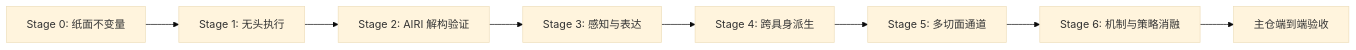
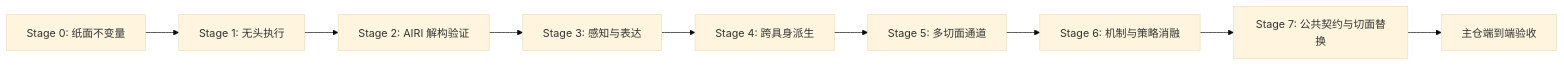
The first of 2 diagrams in docs/architecture/08-product-validation-and-delivery-plan.md (reina0721/ai0), drawn with Mermaid (base theme) before and after one commit. The commit also changed other lines of this file and 174 other files, not shown here.

````diff
--- a/docs/architecture/08-product-validation-and-delivery-plan.md
+++ b/docs/architecture/08-product-validation-and-delivery-plan.md
@@ -5,10 +5,11 @@
 ```mermaid
 flowchart LR
     S0["Stage 0: 纸面不变量"] --> S1["Stage 1: 无头执行"]
     S1 --> S2["Stage 2: AIRI 解构验证"]
     S2 --> S3["Stage 3: 感知与表达"]
     S3 --> S4["Stage 4: 跨具身派生"]
     S4 --> S5["Stage 5: 多切面通道"]
     S5 --> S6["Stage 6: 机制与策略消融"]
-    S6 --> V1["主仓端到端验收"]
+    S6 --> S7["Stage 7: 公共契约与切面替换"]
+    S7 --> V1["主仓端到端验收"]
 ```
````
